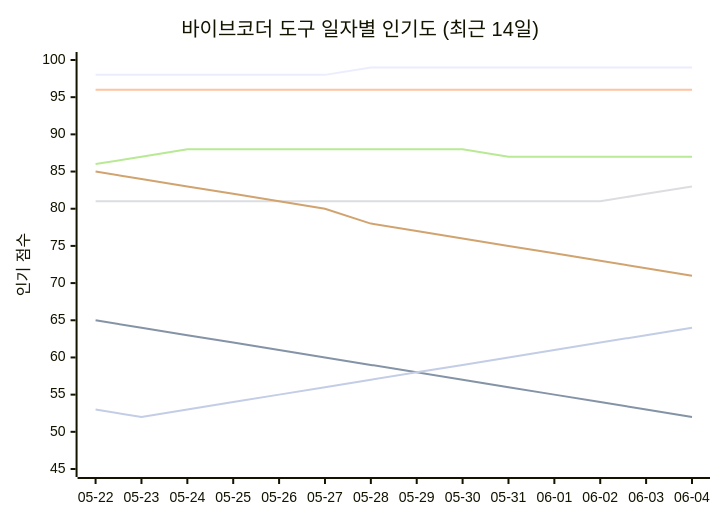
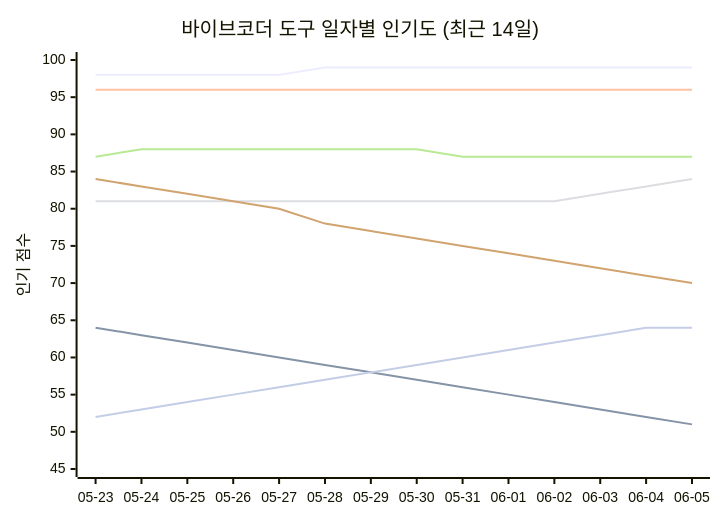
The seventh of 11 diagrams in README_ko.md (tykimos/ai-whatchelin), drawn with Mermaid before and after one commit. The commit also changed other lines of this file and 4 other files, not shown here.

````diff
--- a/README_ko.md
+++ b/README_ko.md
@@ -1330,13 +1339,13 @@
 ```mermaid
 xychart-beta
     title "바이브코더 도구 일자별 인기도 (최근 14일)"
-    x-axis ["05-22", "05-23", "05-24", "05-25", "05-26", "05-27", "05-28", "05-29", "05-30", "05-31", "06-01", "06-02", "06-03", "06-04"]
+    x-axis ["05-23", "05-24", "05-25", "05-26", "05-27", "05-28", "05-29", "05-30", "05-31", "06-01", "06-02", "06-03", "06-04", "06-05"]
     y-axis "인기 점수" 45 --> 100
-    line "Claude Code" [98, 98, 98, 98, 98, 98, 99, 99, 99, 99, 99, 99, 99, 99]
-    line "GH Copilot" [65, 64, 63, 62, 61, 60, 59, 58, 57, 56, 55, 54, 53, 52]
+    line "Claude Code" [98, 98, 98, 98, 98, 99, 99, 99, 99, 99, 99, 99, 99, 99]
+    line "GH Copilot" [64, 63, 62, 61, 60, 59, 58, 57, 56, 55, 54, 53, 52, 51]
     line "Cursor" [96, 96, 96, 96, 96, 96, 96, 96, 96, 96, 96, 96, 96, 96]
-    line "Windsurf" [81, 81, 81, 81, 81, 81, 81, 81, 81, 81, 81, 81, 82, 83]
-    line "Codex CLI" [86, 87, 88, 88, 88, 88, 88, 88, 88, 87, 87, 87, 87, 87]
-    line "Gemini CLI" [85, 84, 83, 82, 81, 80, 78, 77, 76, 75, 74, 73, 72, 71]
-    line "Antigravity" [53, 52, 53, 54, 55, 56, 57, 58, 59, 60, 61, 62, 63, 64]
+    line "Windsurf" [81, 81, 81, 81, 81, 81, 81, 81, 81, 81, 81, 82, 83, 84]
+    line "Codex CLI" [87, 88, 88, 88, 88, 88, 88, 88, 87, 87, 87, 87, 87, 87]
+    line "Gemini CLI" [84, 83, 82, 81, 80, 78, 77, 76, 75, 74, 73, 72, 71, 70]
+    line "Antigravity" [52, 53, 54, 55, 56, 57, 58, 59, 60, 61, 62, 63, 64, 64]
 ```
````
